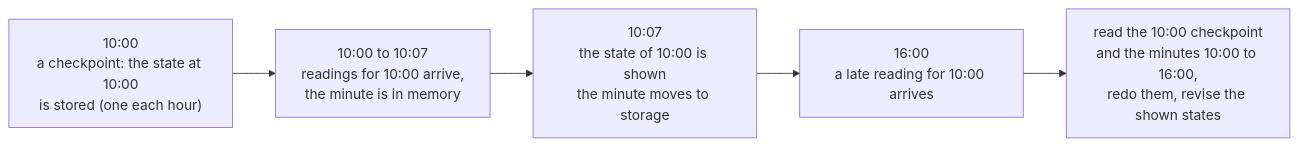
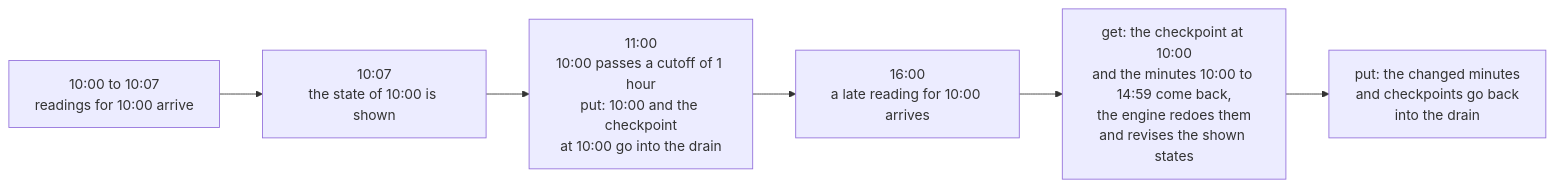
Before and after one commit to abossard/sattle: the first of 2 diagrams in paper/research/16-fold-state-per-key.md, drawn with Mermaid. The commit also changed other lines of this file, not shown here.

````diff
--- a/paper/research/16-fold-state-per-key.md
+++ b/paper/research/16-fold-state-per-key.md
@@ -27,7 +26,8 @@
 ```mermaid
 flowchart LR
-  A["10:00<br/>a checkpoint: the state at 10:00<br/>is stored (one each hour)"] --> B["10:00 to 10:07<br/>readings for 10:00 arrive,<br/>the minute is in memory"]
-  B --> C["10:07<br/>the state of 10:00 is shown<br/>the minute moves to storage"]
+  A["10:00 to 10:07<br/>readings for 10:00 arrive"] --> B["10:07<br/>the state of 10:00 is shown"]
+  B --> C["11:00<br/>10:00 passes a cutoff of 1 hour<br/>put: 10:00 and the checkpoint<br/>at 10:00 go into the drain"]
   C --> D["16:00<br/>a late reading for 10:00 arrives"]
-  D --> E["read the 10:00 checkpoint<br/>and the minutes 10:00 to 16:00,<br/>redo them, revise the shown states"]
+  D --> E["get: the checkpoint at 10:00<br/>and the minutes 10:00 to 14:59 come back,<br/>the engine redoes them<br/>and revises the shown states"]
+  E --> F["put: the changed minutes<br/>and checkpoints go back<br/>into the drain"]
 ```
````
